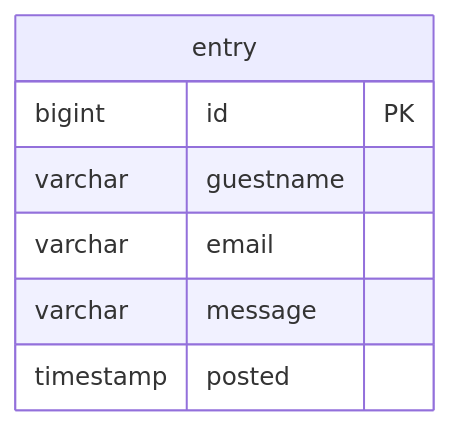
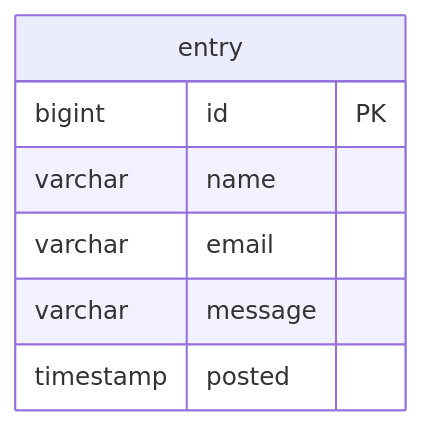
The first of 2 diagrams in README.md (lehrcode/guestbook-python-tornado-postgresql), drawn with Mermaid before and after one commit. The commit also changed other lines of this file, not shown here.

````diff
--- a/README.md
+++ b/README.md
@@ -18,10 +18,10 @@
 ```mermaid
 erDiagram
   entry {
     bigint id PK
-    varchar guestname
+    varchar name
     varchar email
     varchar message
     timestamp posted
   }
 ```
````
